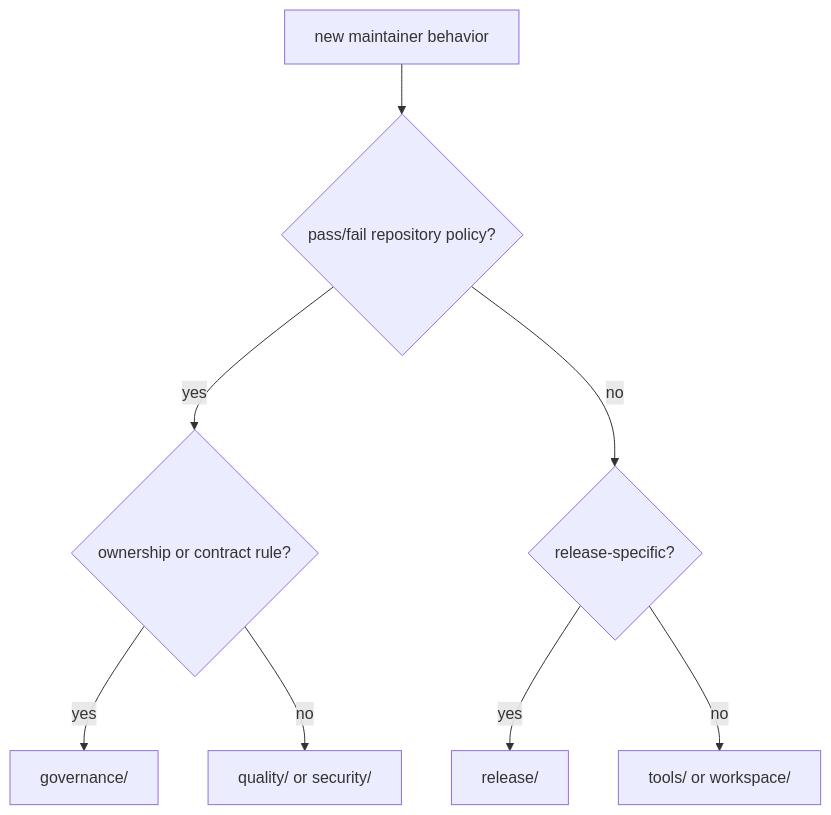
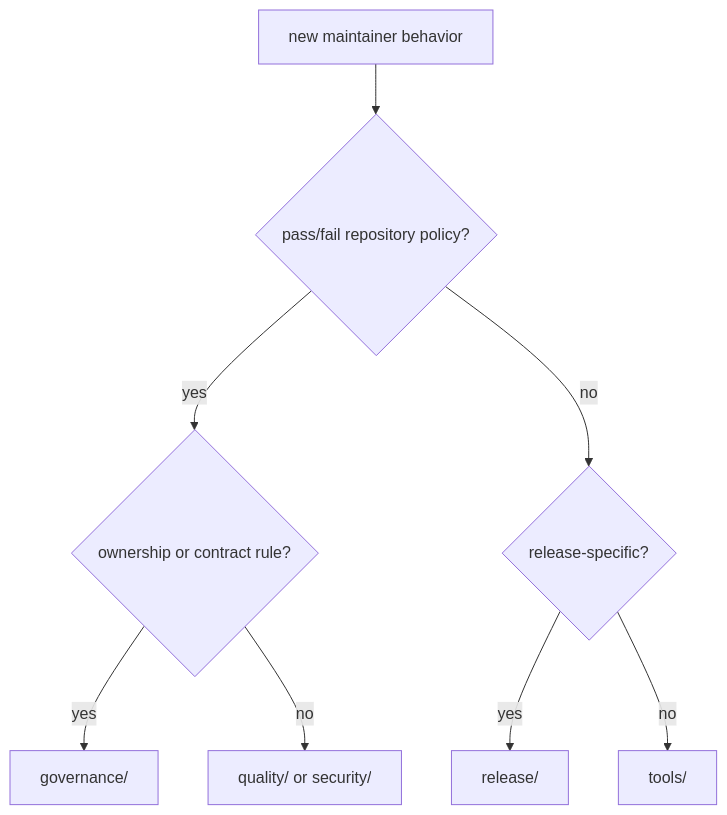
The first of 2 diagrams in docs/08-bijux-proteomics-maintain/bijux-proteomics-dev/module-map.md (bijux/bijux-proteomics), drawn with Mermaid before and after one commit. The commit also changed other lines of this file and 5 other files, not shown here.

````diff
--- a/docs/08-bijux-proteomics-maintain/bijux-proteomics-dev/module-map.md
+++ b/docs/08-bijux-proteomics-maintain/bijux-proteomics-dev/module-map.md
@@ -39,18 +38,18 @@
 ```mermaid
 flowchart TD
     request["new maintainer behavior"]
     verdict{"pass/fail repository policy?"}
     governance{"ownership or contract rule?"}
     quality["quality/ or security/"]
     contract["governance/"]
     workflow{"release-specific?"}
     release["release/"]
-    tool["tools/ or workspace/"]
+    tool["tools/"]
     request --> verdict
     verdict -->|yes| governance
     governance -->|yes| contract
     governance -->|no| quality
     verdict -->|no| workflow
     workflow -->|yes| release
     workflow -->|no| tool
 ```
````
